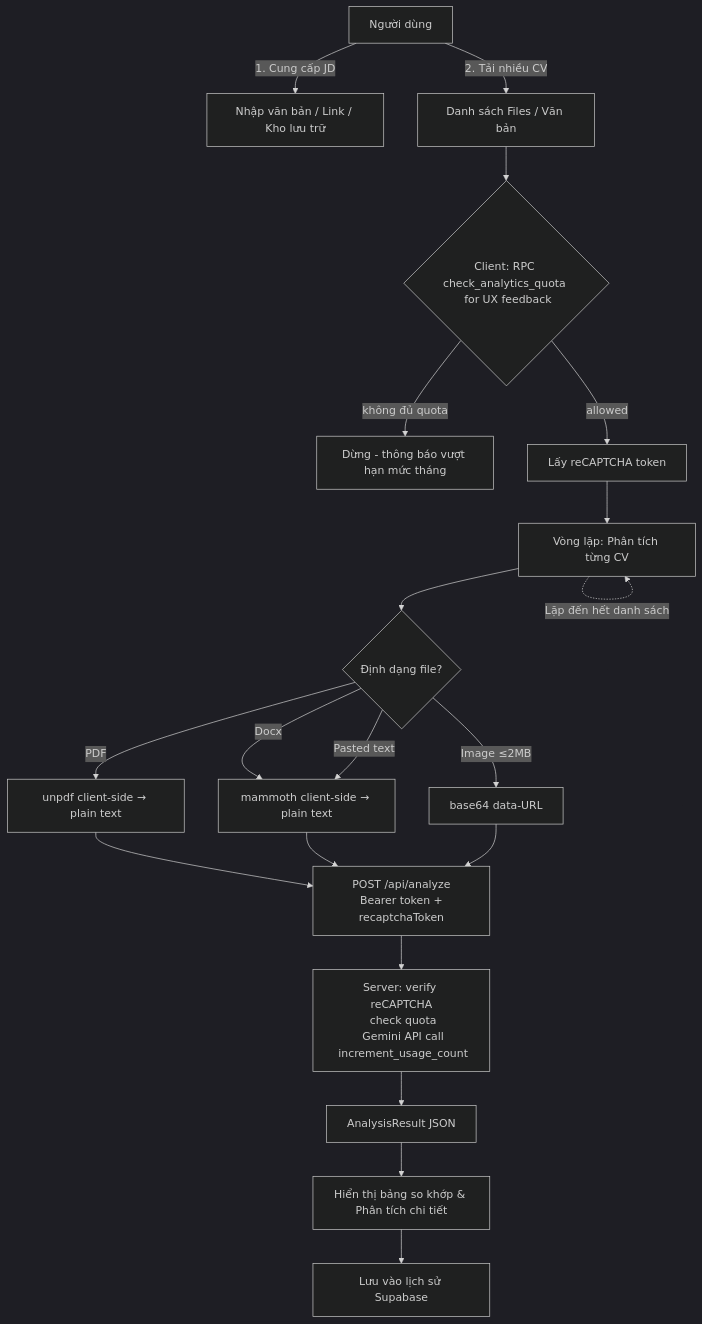
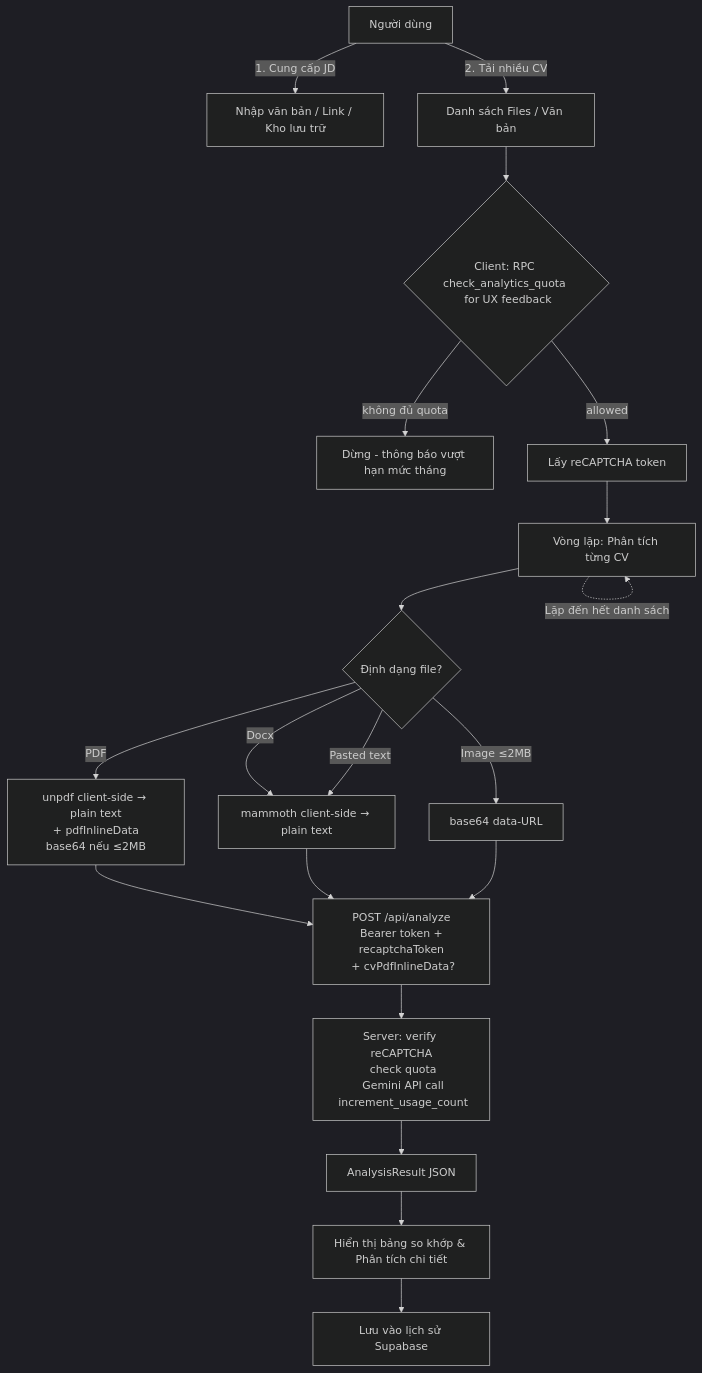
The first of 2 diagrams in docs/6_workflow.md (nghiepnguyen/CVCompareTN), drawn with Mermaid (dark theme) before and after one commit. The commit also changed other lines of this file and 4 other files, not shown here.

````diff
--- a/docs/6_workflow.md
+++ b/docs/6_workflow.md
@@ -7,22 +7,22 @@
 ```mermaid
 graph TD
     A[Người dùng] -->|1. Cung cấp JD| B[Nhập văn bản / Link / Kho lưu trữ]
     A -->|2. Tải nhiều CV| C[Danh sách Files / Văn bản]
     C --> Q{Client: RPC check_analytics_quota \n for UX feedback}
     Q -->|không đủ quota| X[Dừng - thông báo vượt hạn mức tháng]
     Q -->|allowed| R[Lấy reCAPTCHA token]
     R --> D[Vòng lặp: Phân tích từng CV]
     D --> E{Định dạng file?}
-    E -->|PDF| P[unpdf client-side → plain text]
+    E -->|PDF| P[unpdf client-side → plain text\n + pdfInlineData base64 nếu ≤2MB]
     E -->|Docx| F[mammoth client-side → plain text]
     E -->|Image ≤2MB| IMG[base64 data-URL]
     E -->|Pasted text| F
-    P --> API[POST /api/analyze\n Bearer token + recaptchaToken]
+    P --> API[POST /api/analyze\n Bearer token + recaptchaToken\n + cvPdfInlineData?]
     F --> API
     IMG --> API
     API --> SRV[Server: verify reCAPTCHA\n check quota\n Gemini API call\n increment_usage_count]
     SRV --> J[AnalysisResult JSON]
     J --> K[Hiển thị bảng so khớp & Phân tích chi tiết]
     K --> L[Lưu vào lịch sử Supabase]
     D -.->|Lặp đến hết danh sách| D
 ```
````
